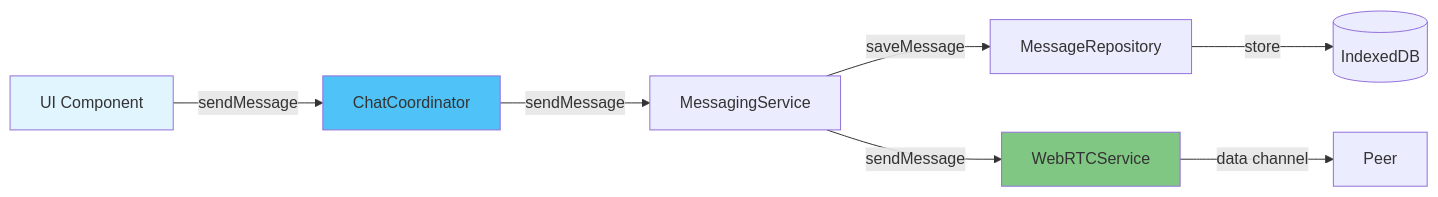
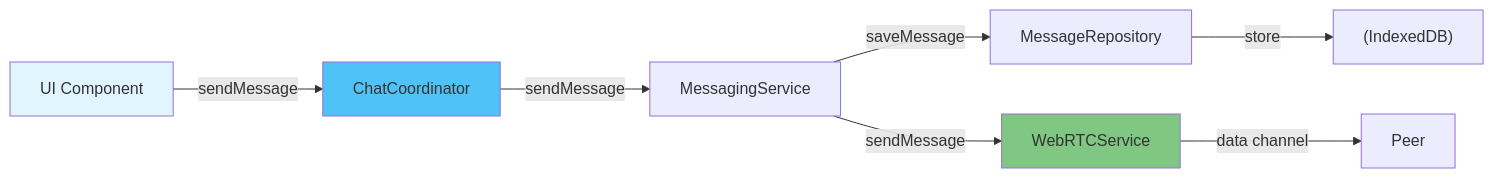
One commit to amr-kasem/distributed-systems-react-chat-peer changed diagram 13 of 14 in docs/component-architecture.md. Above: the diagram before and after it, drawn with Mermaid. The commit also changed other lines of this file and 7 other files, not shown here.

Commit message:
solved issues with diagrams

````diff
--- a/docs/component-architecture.md
+++ b/docs/component-architecture.md
@@ -421,13 +421,13 @@
 ```mermaid
 graph LR
-    UI[UI Component] -->|sendMessage| Coord[ChatCoordinator]
+    UI["UI Component"] -->|sendMessage| Coord[ChatCoordinator]
     Coord -->|sendMessage| MsgSvc[MessagingService]
     MsgSvc -->|saveMessage| MsgRepo[MessageRepository]
-    MsgRepo -->|store| DB[(IndexedDB)]
+    MsgRepo -->|store| DB["(IndexedDB)"]
     MsgSvc -->|sendMessage| WebRTC[WebRTCService]
     WebRTC -->|data channel| Peer[Peer]
     
     style UI fill:#e1f5ff
     style Coord fill:#4fc3f7
     style WebRTC fill:#81c784
 ```
````
